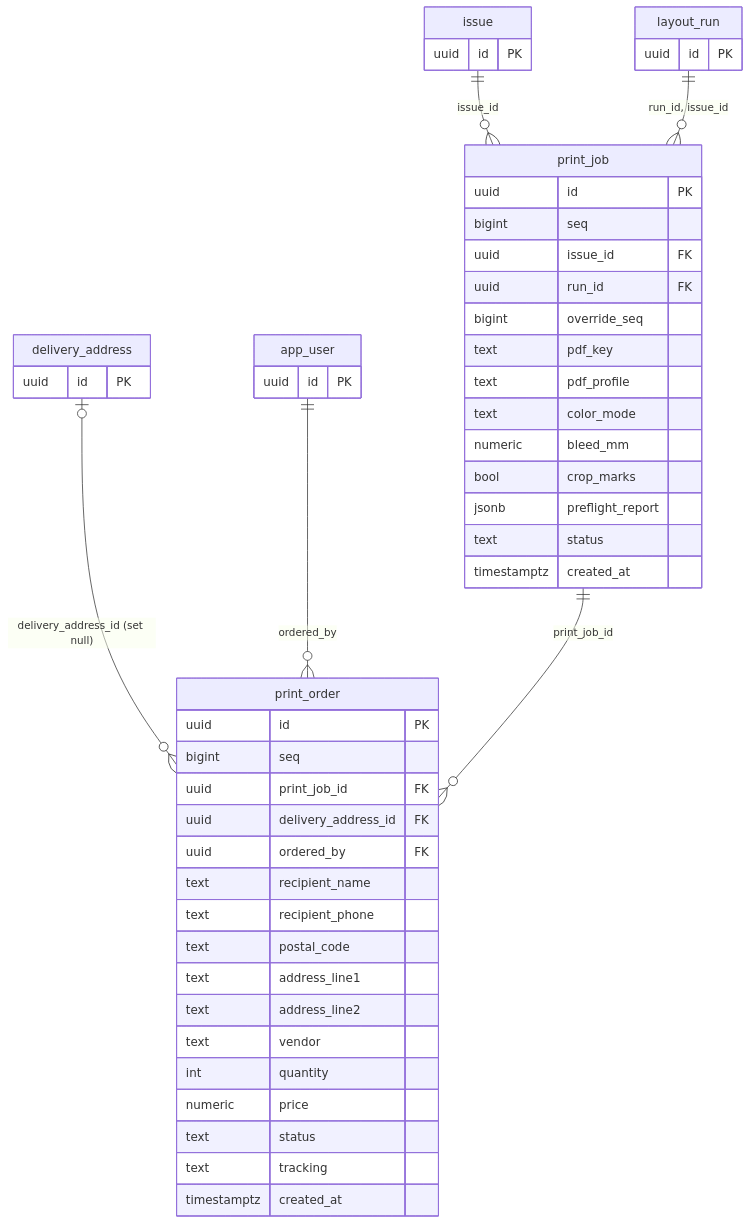
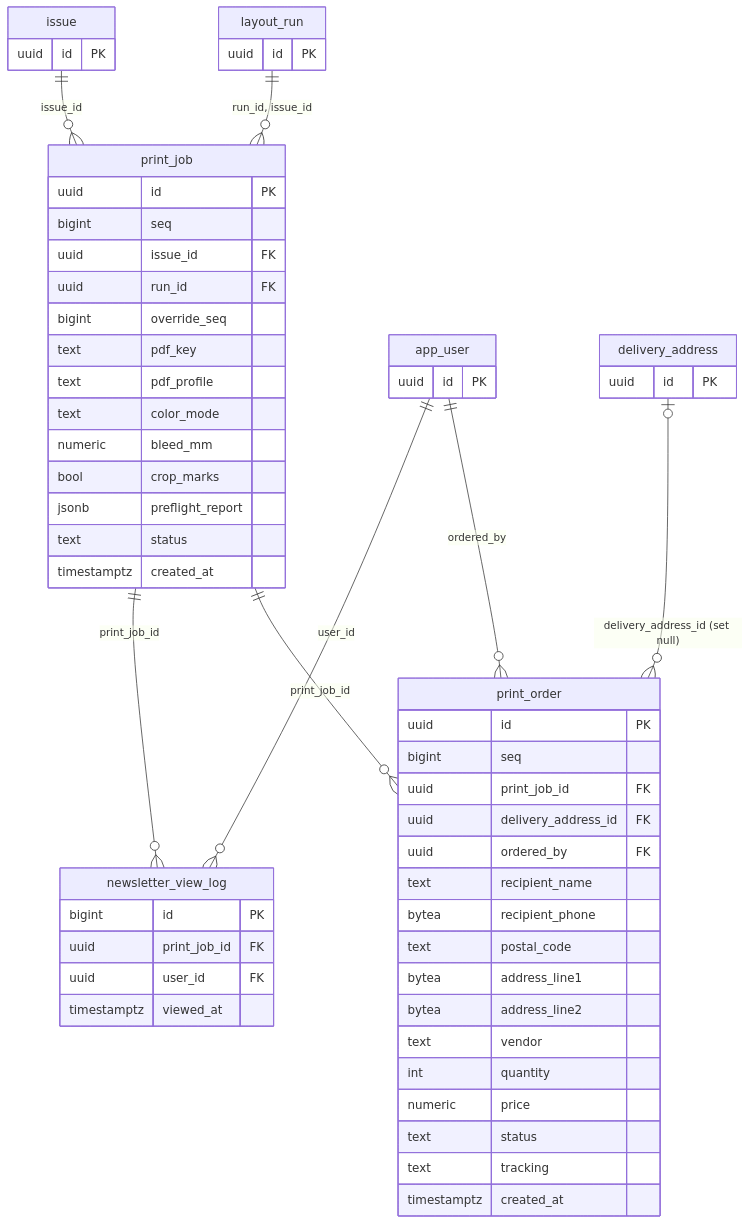
One commit to js1211-code/bogomagazine changed the tenth of 11 diagrams in docs/erd.md. Above: the diagram before and after it, drawn with Mermaid. The commit also changed other lines of this file and 27 other files, not shown here.

````diff
--- a/docs/erd.md
+++ b/docs/erd.md
@@ -679,53 +828,61 @@
 ```mermaid
 erDiagram
+    "print_job" ||--o{ "newsletter_view_log" : "print_job_id"
+    "app_user" ||--o{ "newsletter_view_log" : "user_id"
     "issue" ||--o{ "print_job" : "issue_id"
     "layout_run" ||--o{ "print_job" : "run_id, issue_id"
     "delivery_address" |o--o{ "print_order" : "delivery_address_id (set null)"
     "app_user" ||--o{ "print_order" : "ordered_by"
     "print_job" ||--o{ "print_order" : "print_job_id"
+    "newsletter_view_log" {
+        bigint id PK
+        uuid print_job_id FK
+        uuid user_id FK
+        timestamptz viewed_at
+    }
     "print_job" {
         uuid id PK
         bigint seq
         uuid issue_id FK
         uuid run_id FK
         bigint override_seq
         text pdf_key
         text pdf_profile
         text color_mode
         numeric bleed_mm
         bool crop_marks
         jsonb preflight_report
         text status
         timestamptz created_at
     }
     "print_order" {
         uuid id PK
         bigint seq
         uuid print_job_id FK
         uuid delivery_address_id FK
         uuid ordered_by FK
         text recipient_name
-        text recipient_phone
+        bytea recipient_phone
         text postal_code
-        text address_line1
-        text address_line2
+        bytea address_line1
+        bytea address_line2
         text vendor
         int quantity
         numeric price
         text status
         text tracking
         timestamptz created_at
     }
     "app_user" {
         uuid id PK
     }
     "delivery_address" {
         uuid id PK
     }
     "issue" {
         uuid id PK
     }
     "layout_run" {
         uuid id PK
     }
 ```
````
